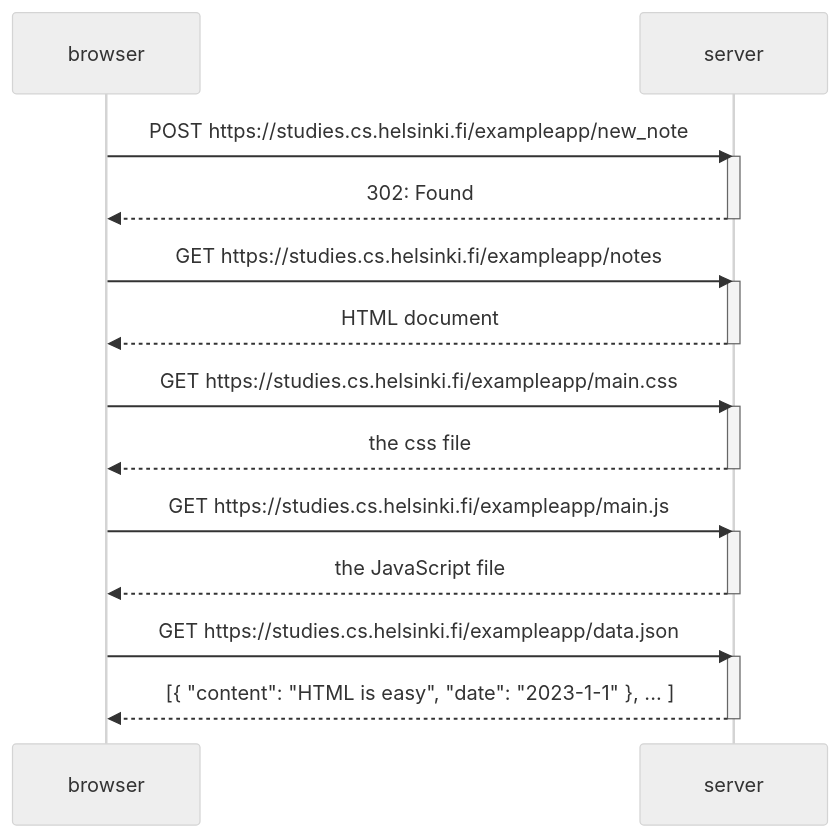
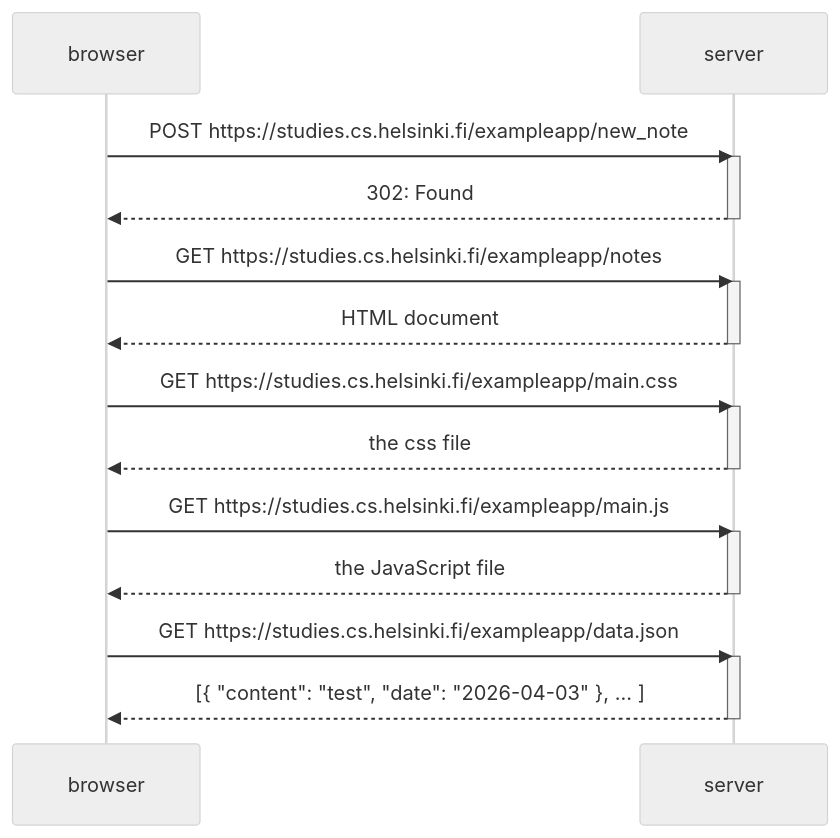
The diagram in part0/0.4 New note diagram.md (otaviopiton/Fullstackopen_submissions), drawn with Mermaid (neutral theme) before and after one commit.

Commit message:
Update server response content in diagram

````diff
--- a/part0/0.4 New note diagram.md
+++ b/part0/0.4 New note diagram.md
@@ -1,30 +1,30 @@
 ```mermaid
 sequenceDiagram
     participant browser
     participant server
 
     browser->>server: POST https://studies.cs.helsinki.fi/exampleapp/new_note
     activate server
     server-->>browser: 302: Found
     deactivate server
 
     browser->>server: GET https://studies.cs.helsinki.fi/exampleapp/notes
     activate server
     server-->>browser: HTML document
     deactivate server
 
     browser->>server: GET https://studies.cs.helsinki.fi/exampleapp/main.css
     activate server
     server-->>browser: the css file
     deactivate server
 
     browser->>server: GET https://studies.cs.helsinki.fi/exampleapp/main.js
     activate server
     server-->>browser: the JavaScript file
     deactivate server
 
     browser->>server: GET https://studies.cs.helsinki.fi/exampleapp/data.json
     activate server
-    server-->>browser: [{ "content": "HTML is easy", "date": "2023-1-1" }, ... ]
+    server-->>browser: [{ "content": "test", "date": "2026-04-03" }, ... ]
     deactivate server
 ```
````
